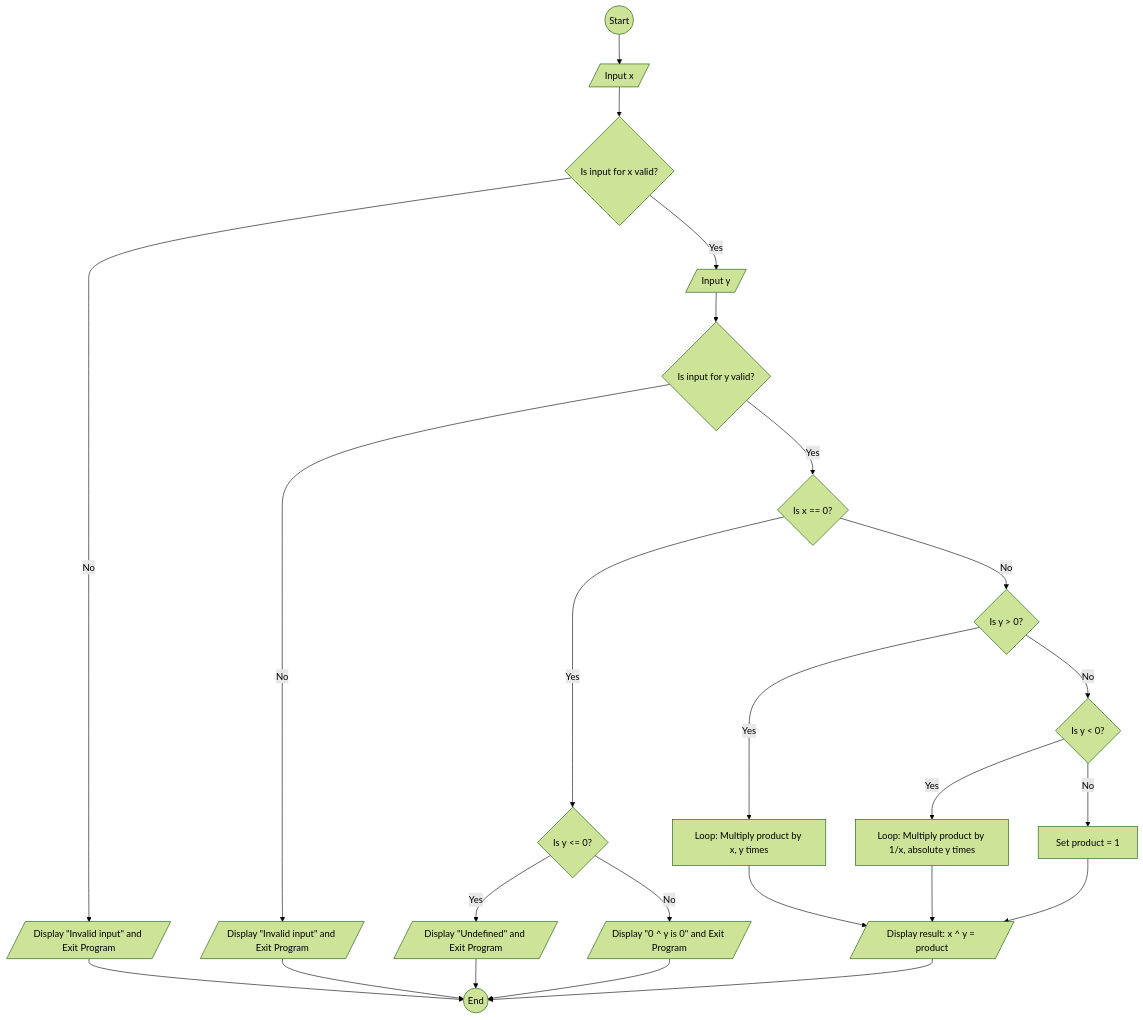
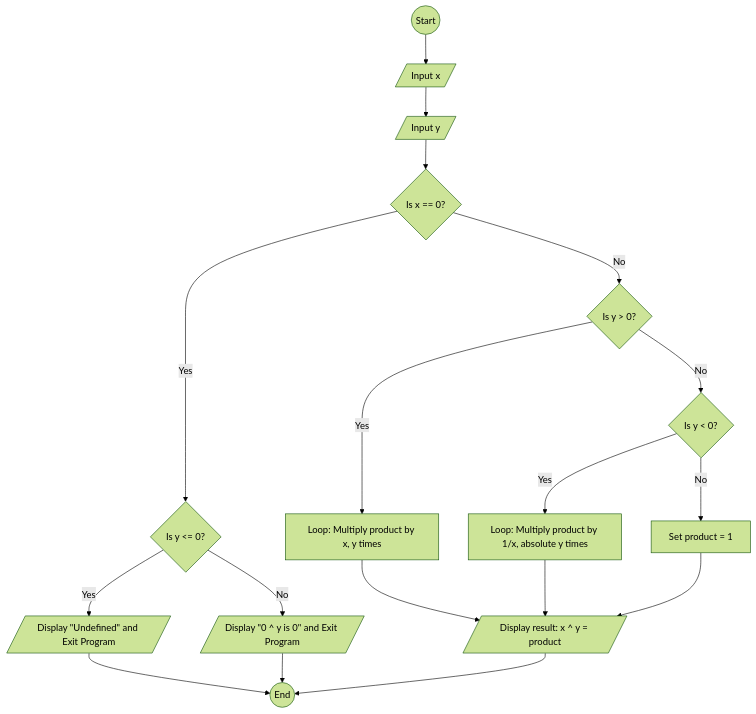
The diagram in ETS0881_Mahder_Ashenafi/power_calculator.md (SWEG-2016EC-Batch/C-pp), drawn with Mermaid (forest theme) before and after one commit.

````diff
--- a/ETS0881_Mahder_Ashenafi/power_calculator.md
+++ b/ETS0881_Mahder_Ashenafi/power_calculator.md
@@ -26,33 +26,25 @@
  ```mermaid
 flowchart TD
     A((Start)) --> B[/Input x/]
-    B --> C{Is input for x valid?}
+    B --> C[/Input y/]
     
-    C -->|No| D[/Display "Invalid input" and Exit Program/]
-    C -->|Yes| E[/Input y/]
+    C --> D{Is x == 0?}
     
-    E --> F{Is input for y valid?}
+    D -->|Yes| E{Is y <= 0?}
+    E -->|Yes| F[/Display "Undefined" and Exit Program/]
+    E -->|No| G[/Display "0 ^ y is 0" and Exit Program/]
     
-    F -->|No| G[/Display "Invalid input" and Exit Program/]
-    F -->|Yes| H{Is x == 0?}
+    D -->|No| H{Is y > 0?}
+    H -->|Yes| I[Loop: Multiply product by x, y times]
+    H -->|No| J{Is y < 0?}
+    J -->|Yes| K[Loop: Multiply product by 1/x, absolute y times]
+    J -->|No| L[Set product = 1]
     
-    H -->|Yes| I{Is y <= 0?}
-    I -->|Yes| J[/Display "Undefined" and Exit Program/]
-    I -->|No| K[/Display "0 ^ y is 0" and Exit Program/]
-    
-    H -->|No| L{Is y > 0?}
-    L -->|Yes| M[Loop: Multiply product by x, y times]
-    L -->|No| N{Is y < 0?}
-    N -->|Yes| O[Loop: Multiply product by 1/x, absolute y times]
-    N -->|No| P[Set product = 1]
-    
-    M --> Q[/Display result: x ^ y = product/]
-    O --> Q
-    P --> Q
-    J --> R((End))
-    K --> R
-    Q --> R((End))
-    D --> R
-    G --> R
+    I --> M[/Display result: x ^ y = product/]
+    K --> M
+    L --> M
+    F --> N((End))
+    G --> N
+    M --> N((End))
 
 ```
````
